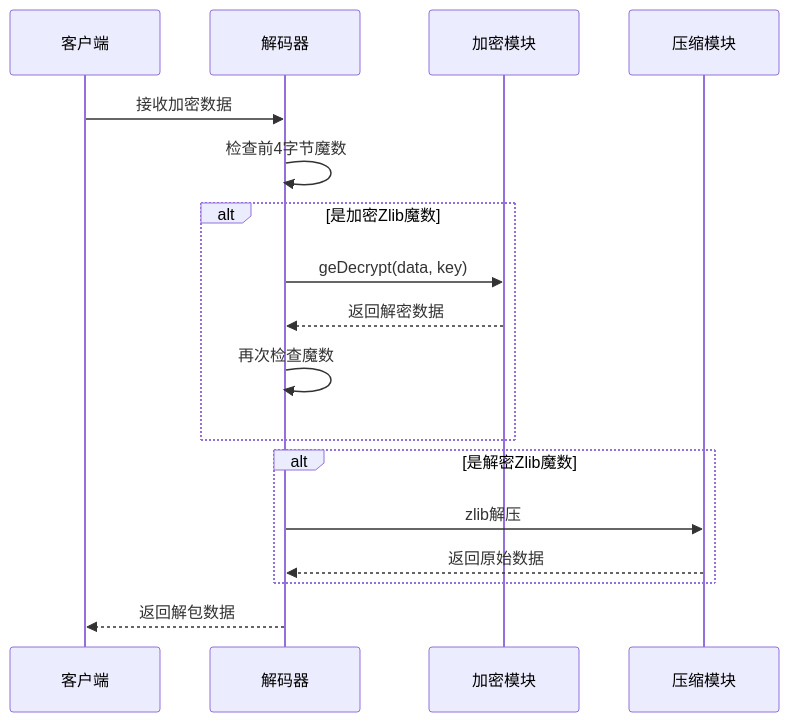
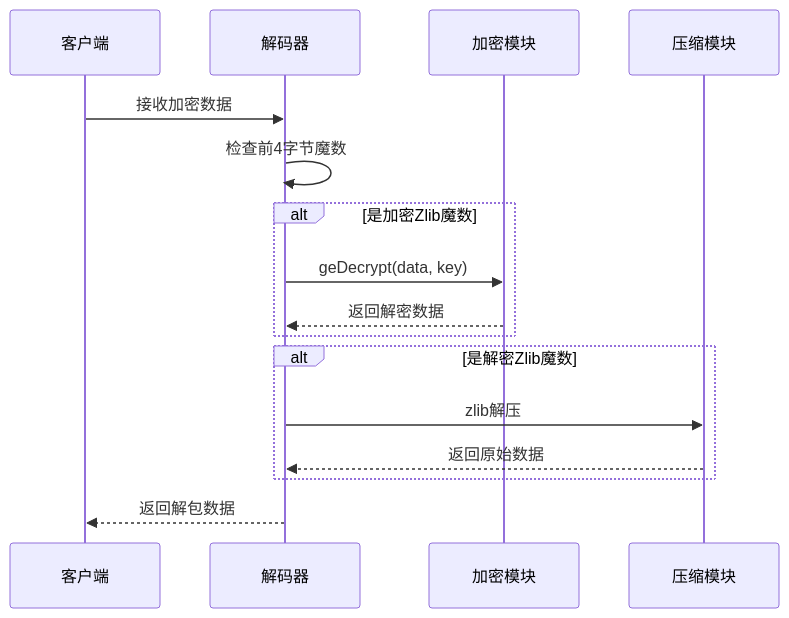
One commit to vistone/crawler-platform changed the third of 8 diagrams in .qoder/repowiki/zh/content/核心功能/Google Earth 加密解密.md. Above: the diagram before and after it, drawn with Mermaid. The commit also changed 20 other files, not shown here.

````diff
--- a/.qoder/repowiki/zh/content/核心功能/Google Earth 加密解密.md
+++ b/.qoder/repowiki/zh/content/核心功能/Google Earth 加密解密.md
@@ -140,19 +140,18 @@
 ```mermaid
 sequenceDiagram
 participant Client as 客户端
 participant Decoder as 解码器
 participant Crypto as 加密模块
 participant Compress as 压缩模块
 Client->>Decoder : 接收加密数据
 Decoder->>Decoder : 检查前4字节魔数
 alt 是加密Zlib魔数
 Decoder->>Crypto : geDecrypt(data, key)
 Crypto-->>Decoder : 返回解密数据
-Decoder->>Decoder : 再次检查魔数
 end
 alt 是解密Zlib魔数
 Decoder->>Compress : zlib解压
 Compress-->>Decoder : 返回原始数据
 end
 Decoder-->>Client : 返回解包数据
 ```
````
